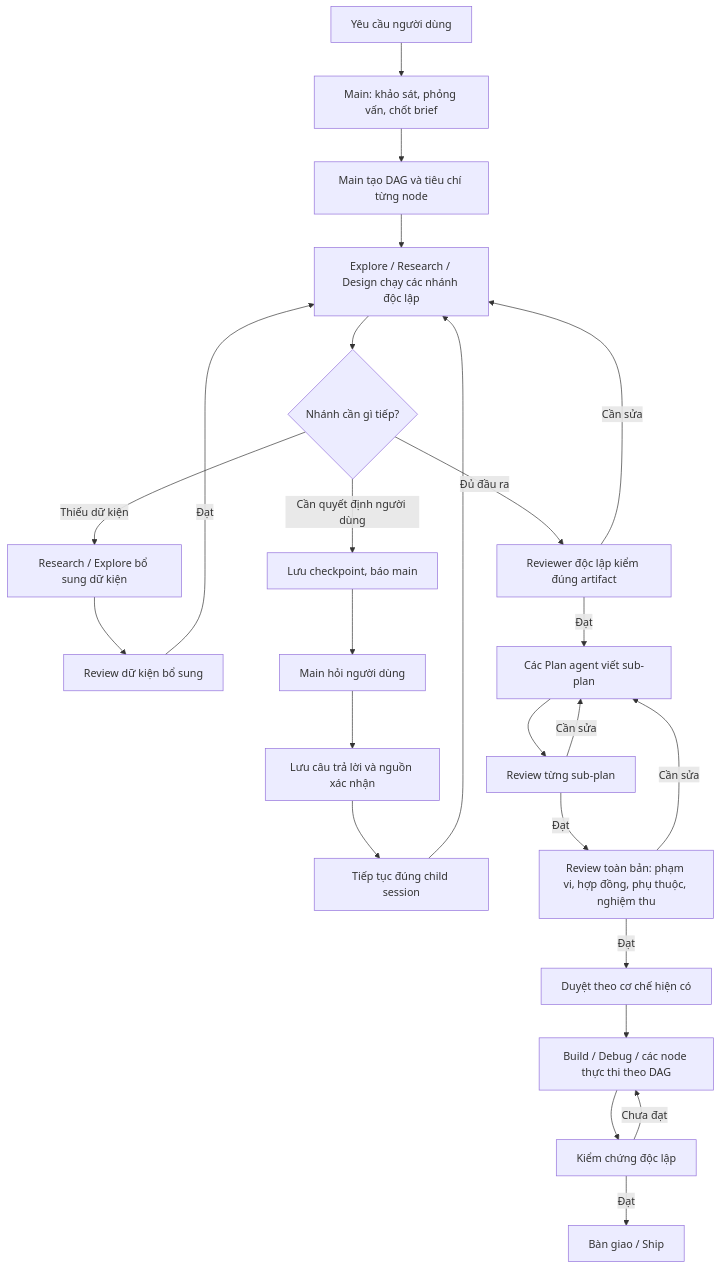
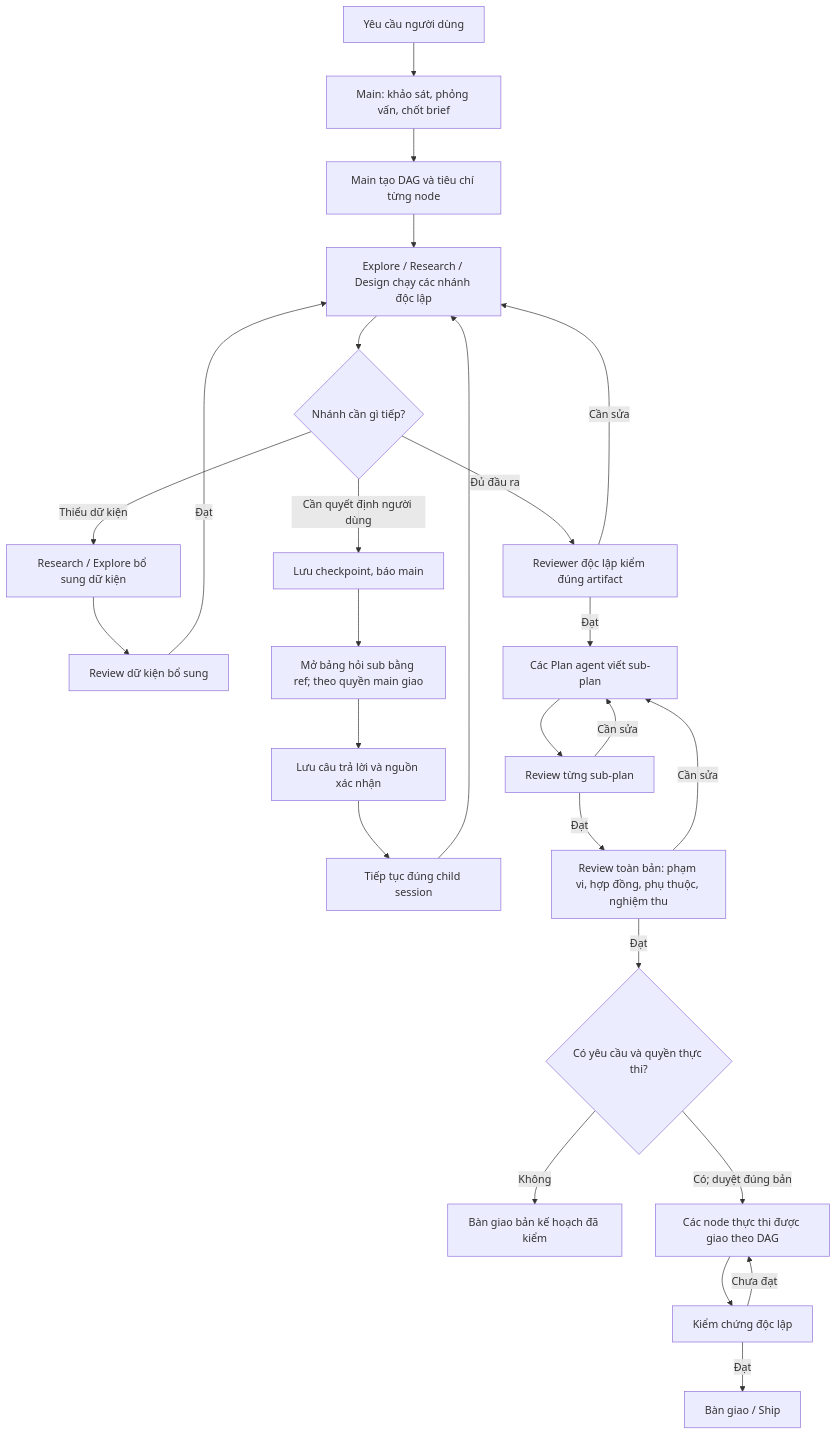
Before and after one commit to vukhai248/BoxFox-Agent-Box: the first of 3 diagrams in docs/plan/Work-Graph-fix.md, drawn with Mermaid. The commit also changed other lines of this file and 17 other files, not shown here.

Commit message:
fix(work-graph): persist specialist checkpoints and same-child continuation

````diff
--- a/docs/plan/Work-Graph-fix.md
+++ b/docs/plan/Work-Graph-fix.md
@@ -121,31 +121,32 @@
 ```mermaid
 flowchart TD
     U["Yêu cầu người dùng"] --> M["Main: khảo sát, phỏng vấn, chốt brief"]
     M --> G["Main tạo DAG và tiêu chí từng node"]
     G --> P["Explore / Research / Design chạy các nhánh độc lập"]
 
     P --> Q{"Nhánh cần gì tiếp?"}
     Q -->|"Thiếu dữ kiện"| K["Research / Explore bổ sung dữ kiện"]
     K --> KR["Review dữ kiện bổ sung"]
     KR -->|"Đạt"| P
 
     Q -->|"Cần quyết định người dùng"| C["Lưu checkpoint, báo main"]
-    C --> I["Main hỏi người dùng"]
+    C --> I["Mở bảng hỏi sub bằng ref; theo quyền main giao"]
     I --> A["Lưu câu trả lời và nguồn xác nhận"]
     A --> S["Tiếp tục đúng child session"]
     S --> P
 
     Q -->|"Đủ đầu ra"| R["Reviewer độc lập kiểm đúng artifact"]
     R -->|"Cần sửa"| P
     R -->|"Đạt"| SP["Các Plan agent viết sub-plan"]
 
     SP --> SR["Review từng sub-plan"]
     SR -->|"Cần sửa"| SP
     SR -->|"Đạt"| W["Review toàn bản: phạm vi, hợp đồng, phụ thuộc, nghiệm thu"]
     W -->|"Cần sửa"| SP
-    W -->|"Đạt"| O["Duyệt theo cơ chế hiện có"]
-    O --> E["Build / Debug / các node thực thi theo DAG"]
+    W -->|"Đạt"| O{"Có yêu cầu và quyền thực thi?"}
+    O -->|"Không"| DOC["Bàn giao bản kế hoạch đã kiểm"]
+    O -->|"Có; duyệt đúng bản"| E["Các node thực thi được giao theo DAG"]
     E --> V["Kiểm chứng độc lập"]
     V -->|"Chưa đạt"| E
     V -->|"Đạt"| H["Bàn giao / Ship"]
 ```
````
